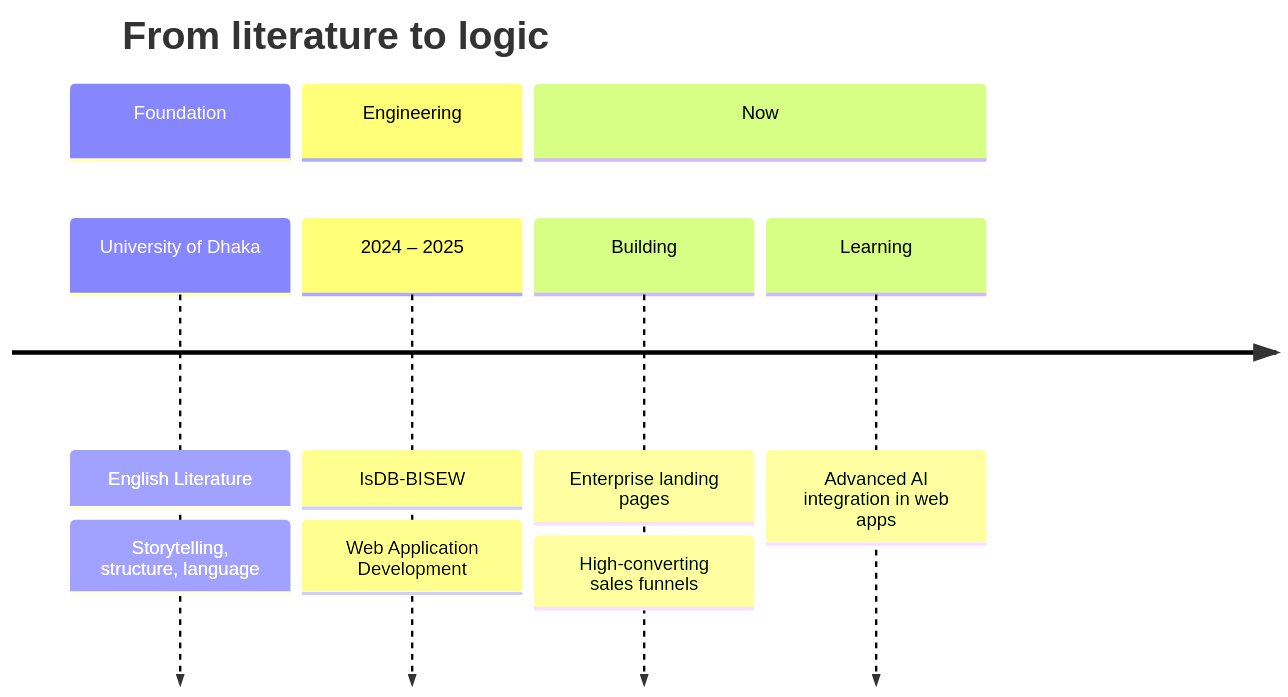
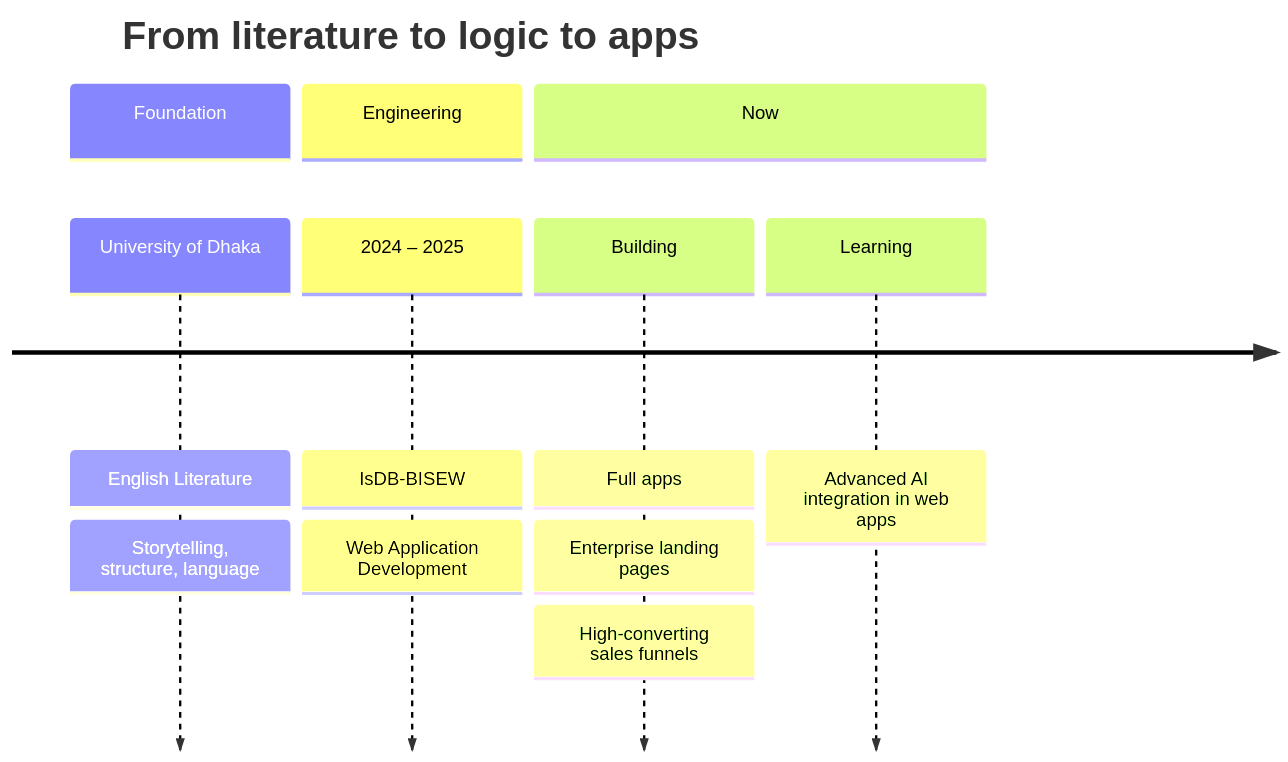
Before and after one commit to ShovonScripts/ShovonScripts: the third of 3 diagrams in README.md, drawn with Mermaid. The commit also changed other lines of this file and 5 other files, not shown here.

````diff
--- a/README.md
+++ b/README.md
@@ -108,14 +143,15 @@
 ```mermaid
 timeline
-    title From literature to logic
+    title From literature to logic to apps
     section Foundation
         University of Dhaka : English Literature
                             : Storytelling, structure, language
     section Engineering
         2024 – 2025 : IsDB-BISEW
                     : Web Application Development
     section Now
-        Building : Enterprise landing pages
+        Building : Full apps
+                 : Enterprise landing pages
                  : High-converting sales funnels
         Learning : Advanced AI integration in web apps
 ```
````
